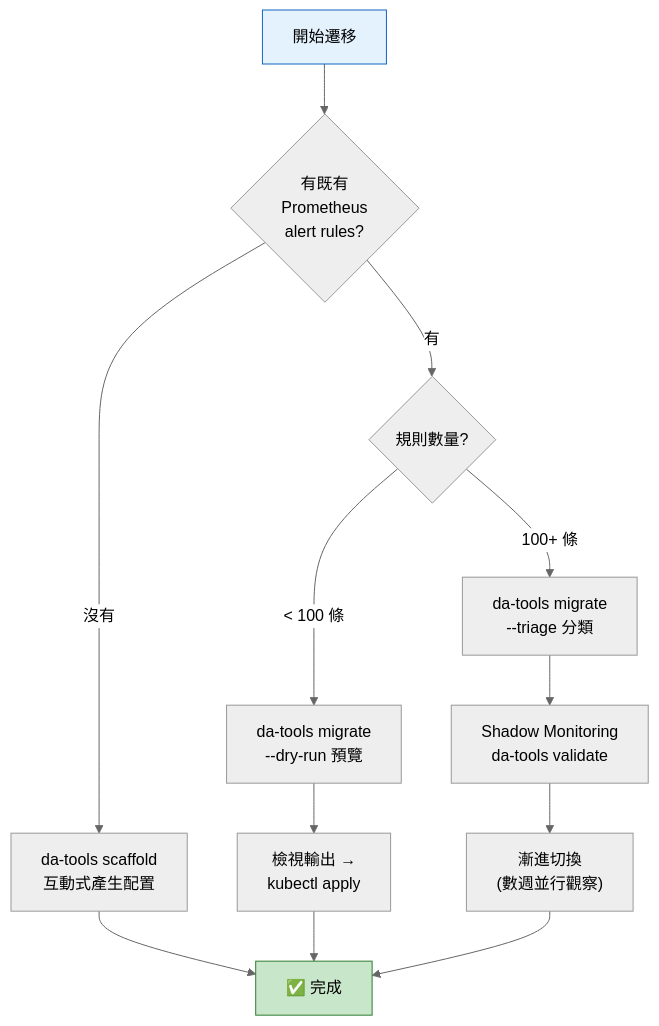
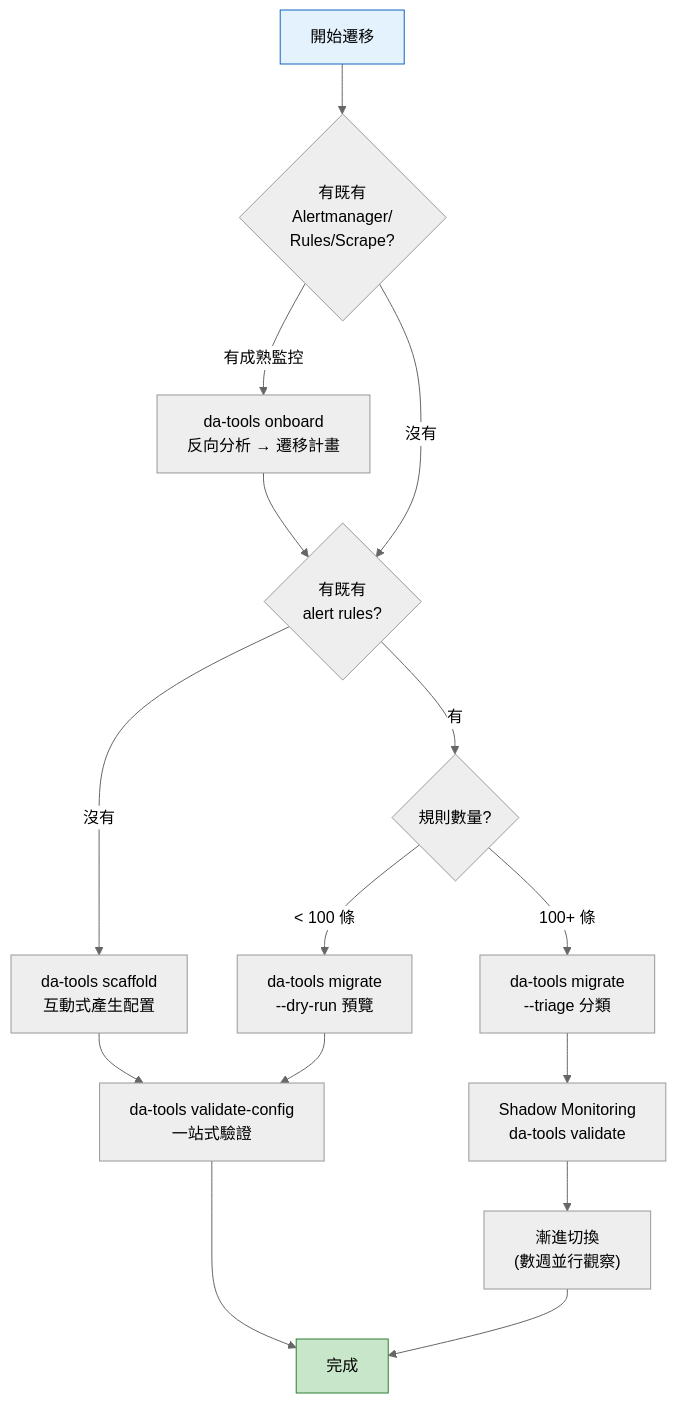
The diagram in docs/migration-guide.md (vencil/Dynamic-Alerting-Integrations), drawn with Mermaid (neutral theme) before and after one commit. The commit also changed other lines of this file and 41 other files, not shown here.

````diff
--- a/docs/migration-guide.md
+++ b/docs/migration-guide.md
@@ -18,17 +19,20 @@
 ```mermaid
 flowchart TD
-    Start["開始遷移"] --> Q1{"有既有<br/>Prometheus<br/>alert rules?"}
+    Start["開始遷移"] --> Q0{"有既有<br/>Alertmanager/<br/>Rules/Scrape?"}
+    Q0 -->|"有成熟監控"| S0["da-tools onboard<br/>反向分析 → 遷移計畫"]
+    Q0 -->|"沒有"| Q1{"有既有<br/>alert rules?"}
+    S0 --> Q1
     Q1 -->|"沒有"| S1["da-tools scaffold<br/>互動式產生配置"]
     Q1 -->|"有"| Q2{"規則數量?"}
     Q2 -->|"< 100 條"| S2["da-tools migrate<br/>--dry-run 預覽"]
     Q2 -->|"100+ 條"| S3["da-tools migrate<br/>--triage 分類"]
-    S2 --> D1["檢視輸出 →<br/>kubectl apply"]
+    S2 --> V["da-tools validate-config<br/>一站式驗證"]
     S3 --> S4["Shadow Monitoring<br/>da-tools validate"]
     S4 --> S5["漸進切換<br/>(數週並行觀察)"]
-    S1 --> Done["✅ 完成"]
-    D1 --> Done
+    S1 --> V
+    V --> Done["完成"]
     S5 --> Done
 
     style Done fill:#c8e6c9,stroke:#2e7d32
     style Start fill:#e3f2fd,stroke:#1565c0
 ```
````
